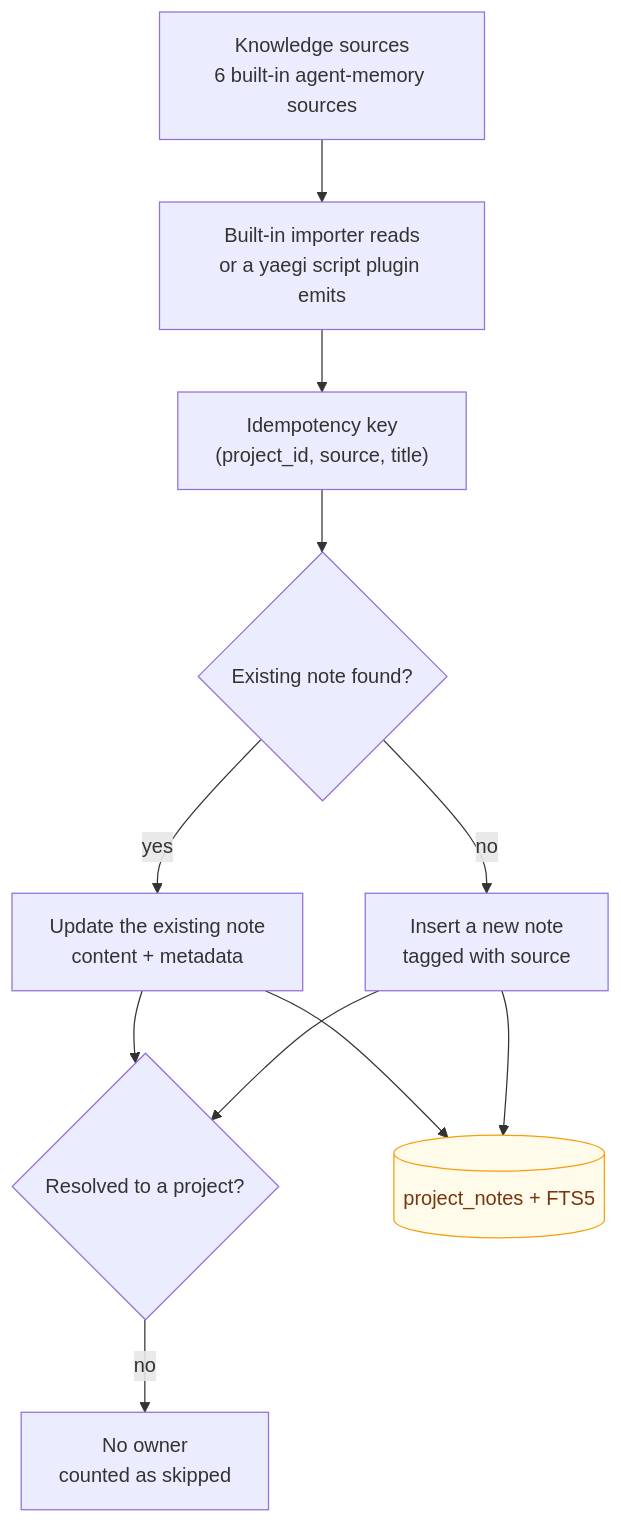
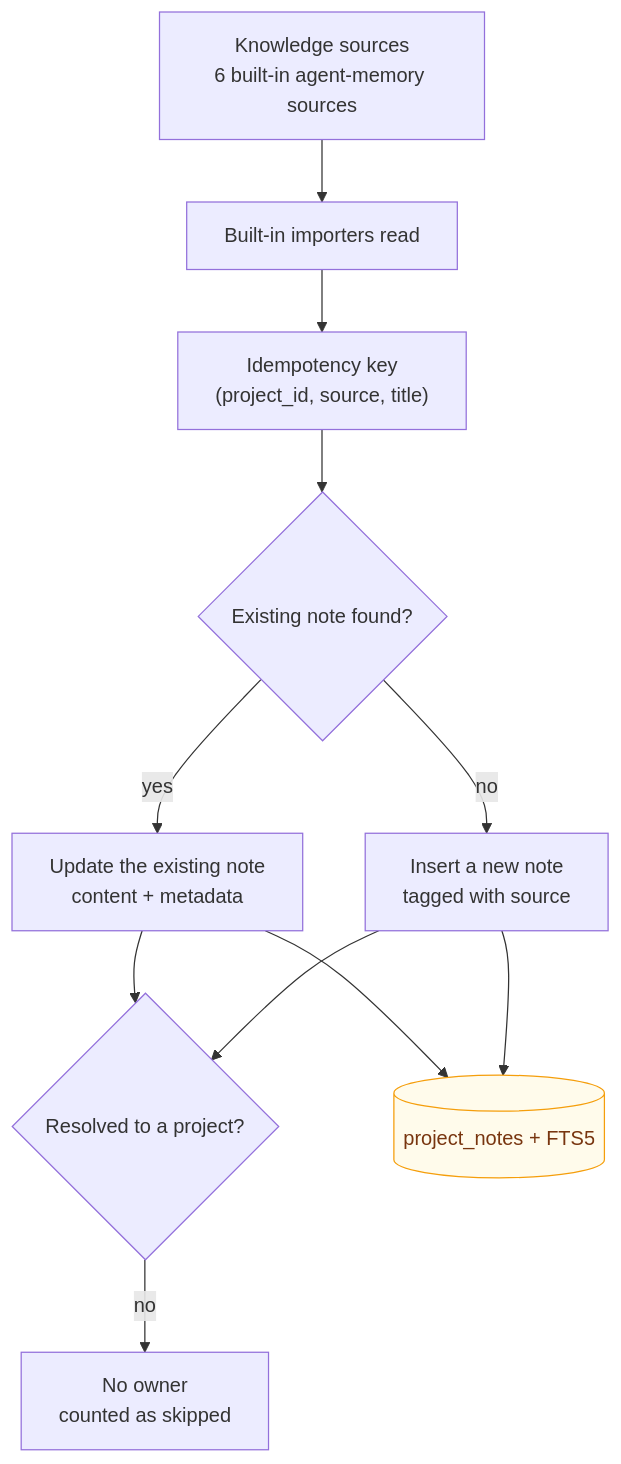
One commit to sky-jiangcheng/repo-nest changed the diagram in docs/en/plugins/overview.md. Above: the diagram before and after it, drawn with Mermaid. The commit also changed other lines of this file and 23 other files, not shown here.

First line of the commit message:
refactor(plugin)!: 移除进程内脚本插件运行时（yaegi，C11 方案 B）

````diff
--- a/docs/en/plugins/overview.md
+++ b/docs/en/plugins/overview.md
@@ -12,15 +12,15 @@
 ```mermaid
 flowchart TB
-    SRC["Knowledge sources<br/>6 built-in agent-memory sources"] --> RUN["Built-in importer reads<br/>or a yaegi script plugin emits"]
+    SRC["Knowledge sources<br/>6 built-in agent-memory sources"] --> RUN["Built-in importers read"]
     RUN --> KEY["Idempotency key<br/>(project_id, source, title)"]
     KEY --> HIT{"Existing note found?"}
     HIT -->|"yes"| UPD["Update the existing note<br/>content + metadata"]
     HIT -->|"no"| INS["Insert a new note<br/>tagged with source"]
     UPD --> MATCH{"Resolved to a project?"}
     INS --> MATCH
     MATCH -->|"no"| SKIP["No owner<br/>counted as skipped"]
     UPD --> DB[("project_notes + FTS5")]
     INS --> DB
         classDef store fill:#fffbeb,stroke:#f59e0b,color:#78350f
     class DB store
 ```
````
